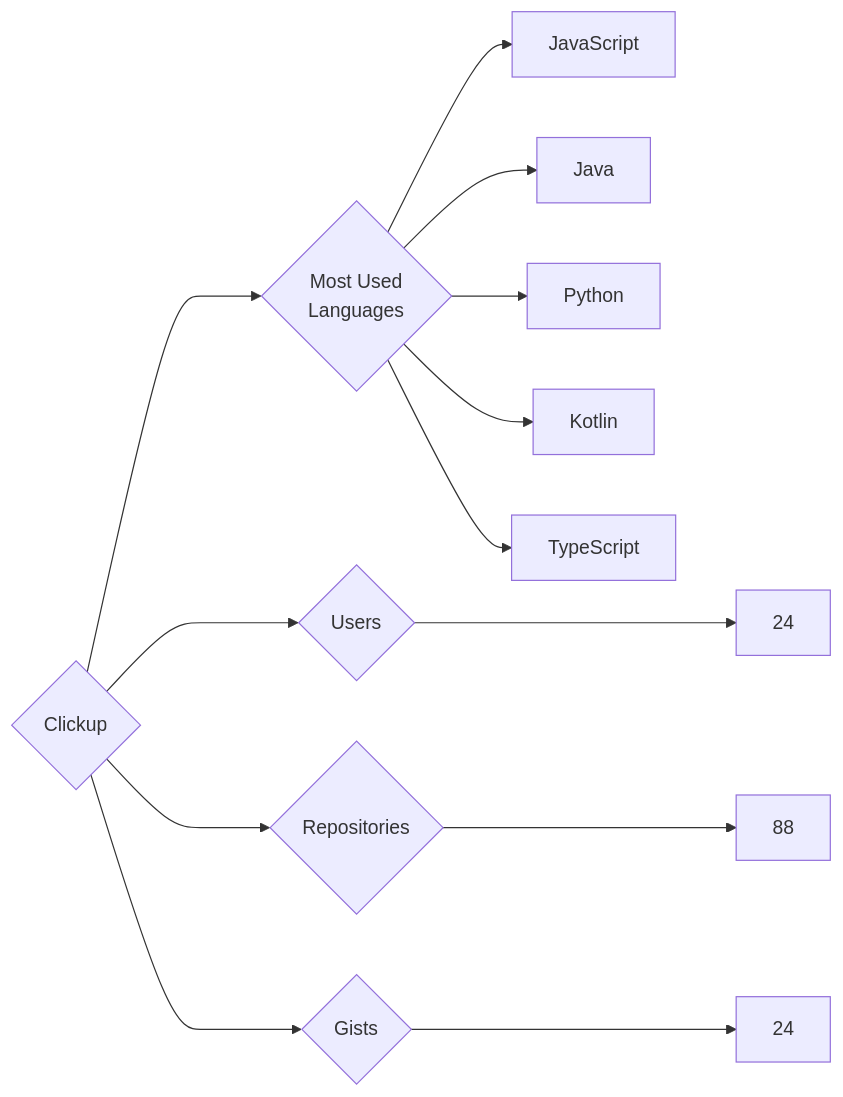
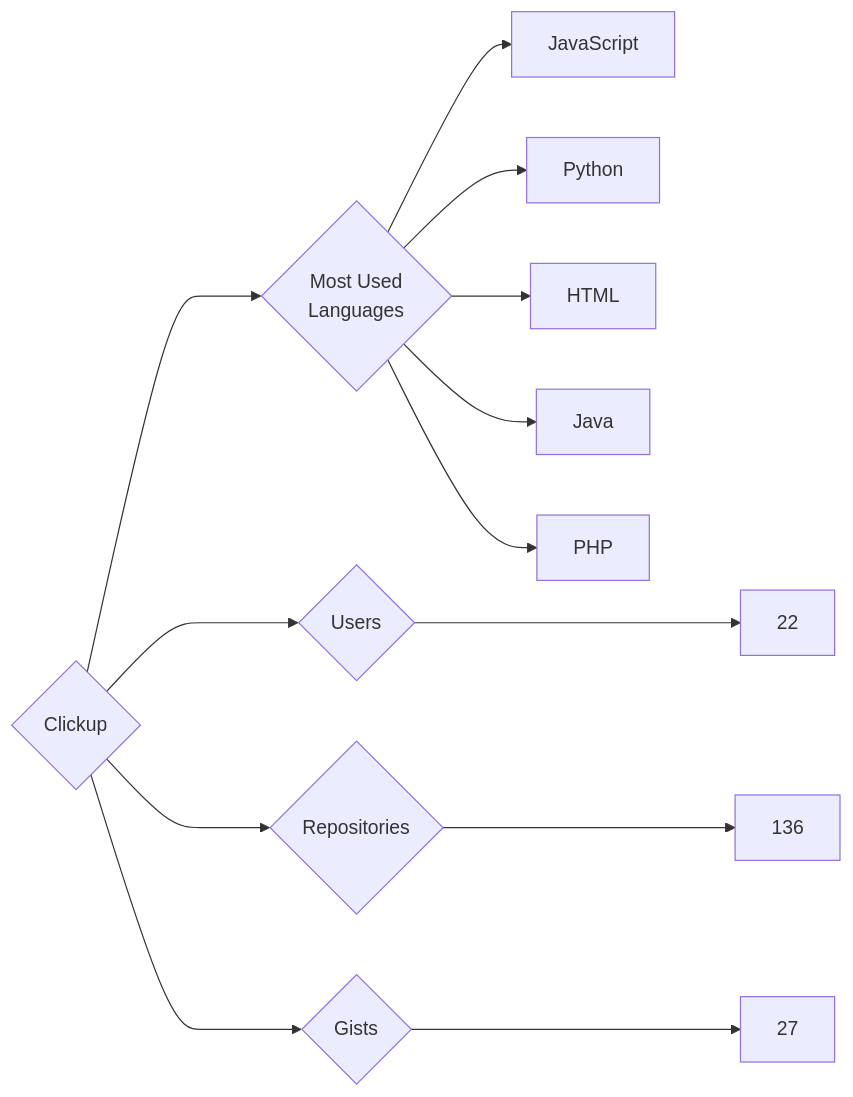
The diagram in targets/Clickup/README.md (trickest/insiders), drawn with Mermaid before and after one commit. The commit also changed 870 other files, not shown here.

````diff
--- a/targets/Clickup/README.md
+++ b/targets/Clickup/README.md
@@ -3,13 +3,13 @@
 ```mermaid
 graph LR
 COMPANY_NAME{Clickup}
-COMPANY_NAME ---> U{Users} ---> UN[24]
-COMPANY_NAME ---> R{Repositories} ---> RN[88]
-COMPANY_NAME ---> G{Gists} ---> GN[24]
+COMPANY_NAME ---> U{Users} ---> UN[22]
+COMPANY_NAME ---> R{Repositories} ---> RN[136]
+COMPANY_NAME ---> G{Gists} ---> GN[27]
 COMPANY_NAME ---> ML{Most Used<br>Languages}
 ML --> JavaScript[JavaScript]
+ML --> Python[Python]
+ML --> HTML[HTML]
 ML --> Java[Java]
-ML --> Python[Python]
-ML --> Kotlin[Kotlin]
-ML --> TypeScript[TypeScript]
+ML --> PHP[PHP]
 ```
````
